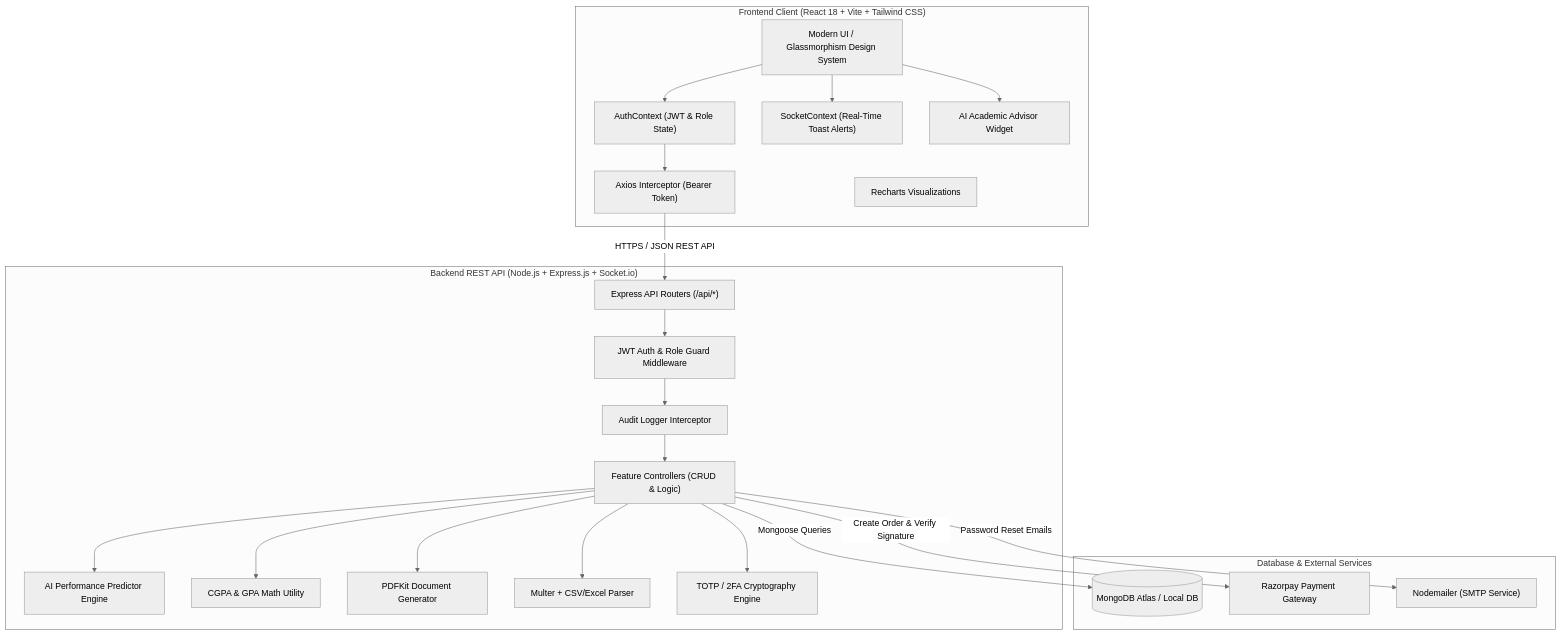
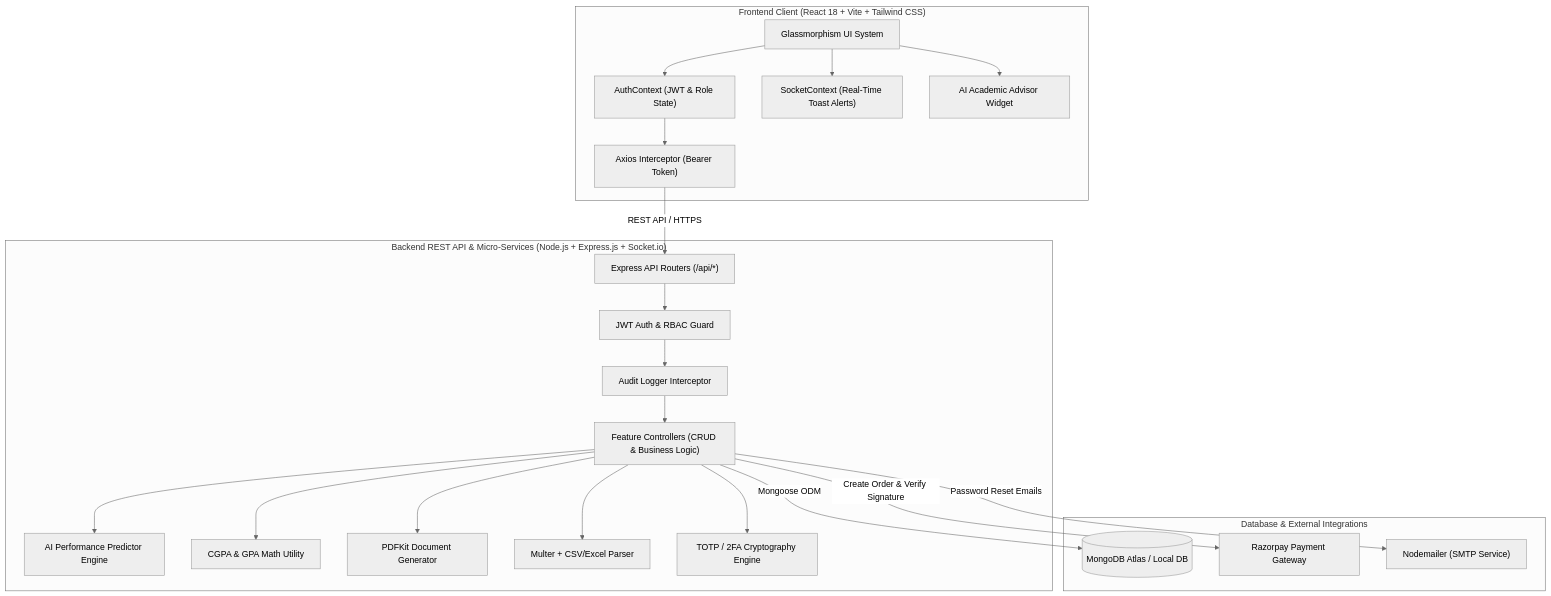
One commit to amruthck177/Student_management_system changed the diagram in README.md. Above: the diagram before and after it, drawn with Mermaid (neutral theme). The commit also changed other lines of this file and 27 other files, not shown here.

````diff
--- a/README.md
+++ b/README.md
@@ -99,46 +71,45 @@
 ```mermaid
 graph TD
     subgraph Client["Frontend Client (React 18 + Vite + Tailwind CSS)"]
-        UI["Modern UI / Glassmorphism Design System"]
+        UI["Glassmorphism UI System"]
         AuthCtx["AuthContext (JWT & Role State)"]
         SockCtx["SocketContext (Real-Time Toast Alerts)"]
         AIWidget["AI Academic Advisor Widget"]
         AxiosInst["Axios Interceptor (Bearer Token)"]
-        Charts["Recharts Visualizations"]
     end
 
-    subgraph Server["Backend REST API (Node.js + Express.js + Socket.io)"]
+    subgraph Server["Backend REST API & Micro-Services (Node.js + Express.js + Socket.io)"]
         Router["Express API Routers (/api/*)"]
-        AuthGuard["JWT Auth & Role Guard Middleware"]
+        AuthGuard["JWT Auth & RBAC Guard"]
         AuditMid["Audit Logger Interceptor"]
-        Controllers["Feature Controllers (CRUD & Logic)"]
+        Controllers["Feature Controllers (CRUD & Business Logic)"]
         AIEngine["AI Performance Predictor Engine"]
         CGPAMath["CGPA & GPA Math Utility"]
         PDFEngine["PDFKit Document Generator"]
         CSVIngest["Multer + CSV/Excel Parser"]
         TwoFactor["TOTP / 2FA Cryptography Engine"]
     end
 
-    subgraph Data["Database & External Services"]
+    subgraph Data["Database & External Integrations"]
         Mongo[(MongoDB Atlas / Local DB)]
         Rzp["Razorpay Payment Gateway"]
         SMTP["Nodemailer (SMTP Service)"]
     end
 
     UI --> AuthCtx
     UI --> SockCtx
     UI --> AIWidget
     AuthCtx --> AxiosInst
-    AxiosInst -->|HTTPS / JSON REST API| Router
+    AxiosInst -->|REST API / HTTPS| Router
     Router --> AuthGuard
     AuthGuard --> AuditMid
     AuditMid --> Controllers
     Controllers --> AIEngine
     Controllers --> CGPAMath
     Controllers --> PDFEngine
     Controllers --> CSVIngest
     Controllers --> TwoFactor
-    Controllers -->|Mongoose Queries| Mongo
+    Controllers -->|Mongoose ODM| Mongo
     Controllers -->|Create Order & Verify Signature| Rzp
     Controllers -->|Password Reset Emails| SMTP
 ```
````
